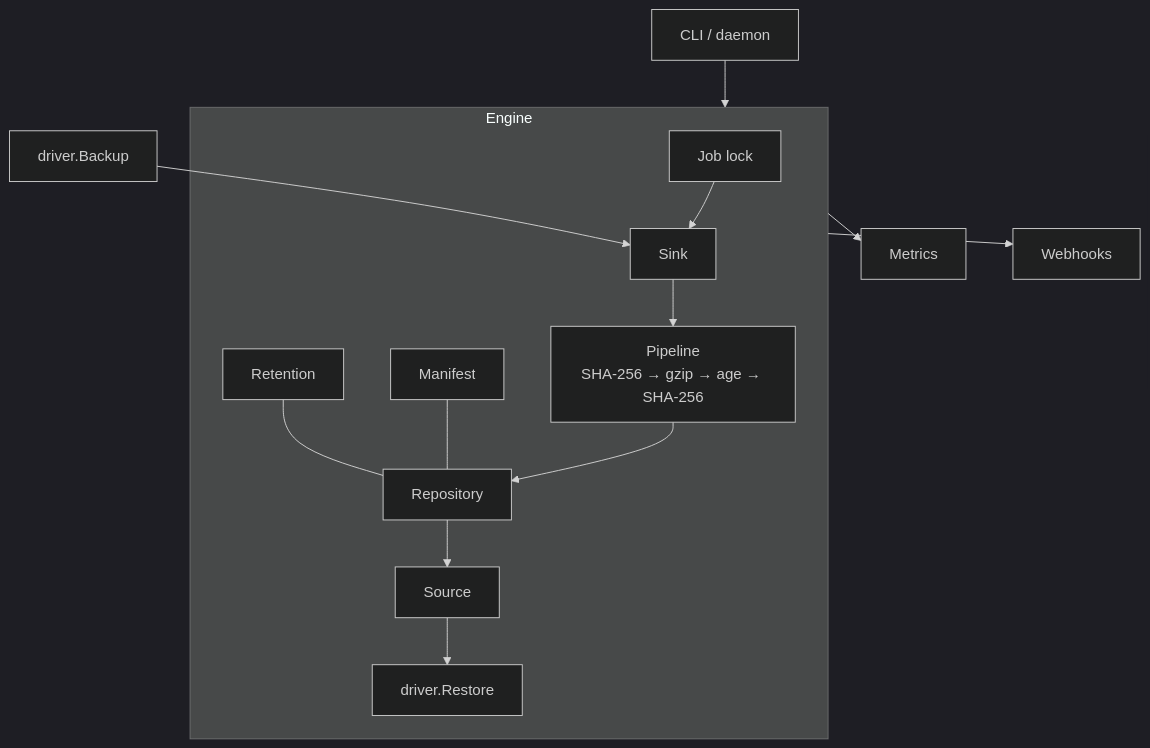
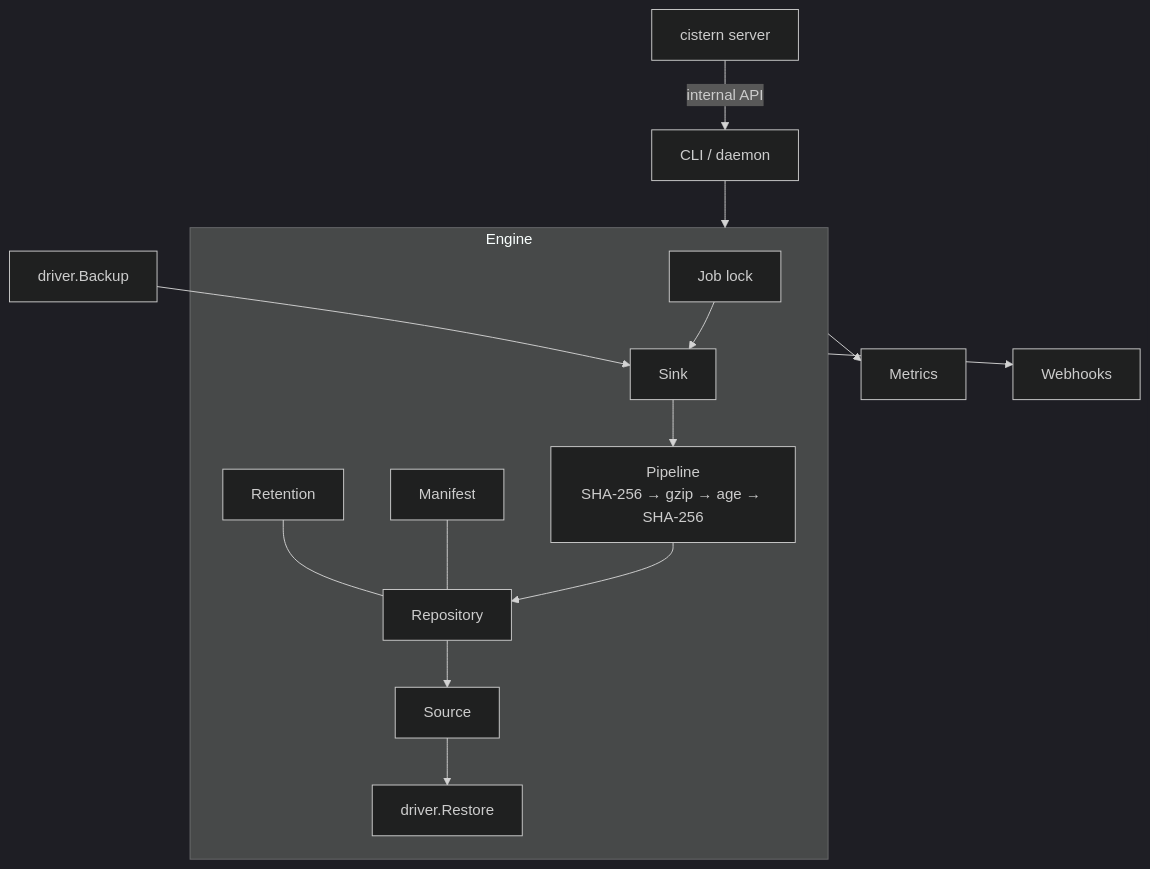
One commit to aupv9/cistern changed the diagram in docs/architecture.md. Above: the diagram before and after it, drawn with Mermaid (dark theme). The commit also changed other lines of this file and 141 other files, not shown here.

First line of the commit message:
Add the Admin UI: cistern server, daemon run API and web app

````diff
--- a/docs/architecture.md
+++ b/docs/architecture.md
@@ -7,12 +7,13 @@
 ```mermaid
 flowchart TB
+    ui[cistern server] -->|internal API| cli
     cli[CLI / daemon] --> engine
     subgraph engine[Engine]
       lock[Job lock] --> sink[Sink] --> pipe[Pipeline<br/>SHA-256 → gzip → age → SHA-256] --> repo[Repository]
       repo --> src[Source] --> drv2[driver.Restore]
       man[Manifest] --- repo
       ret[Retention] --- repo
     end
     drv[driver.Backup] --> sink
     engine --> metrics[Metrics] & hooks[Webhooks]
 ```
````
